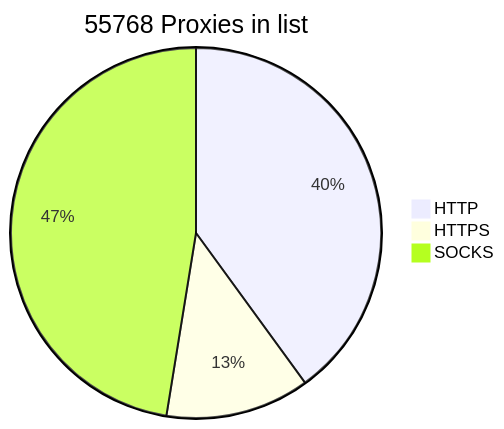
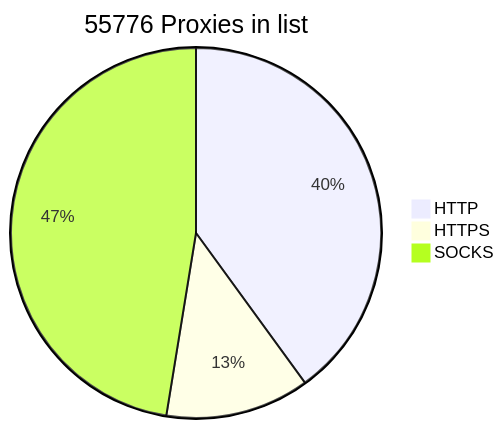
One commit to BlackSnowDot/proxylist-update-every-minute changed the diagram in README.md. Above: the diagram before and after it, drawn with Mermaid.

````diff
--- a/README.md
+++ b/README.md
@@ -2,6 +2,6 @@
 ```mermaid
-pie title 55768 Proxies in list
-    "HTTP" : 24977
-    "HTTPS": 7857
+pie title 55776 Proxies in list
+    "HTTP" : 24986
+    "HTTPS": 7861
     "SOCKS" : 29638
 ```
````
